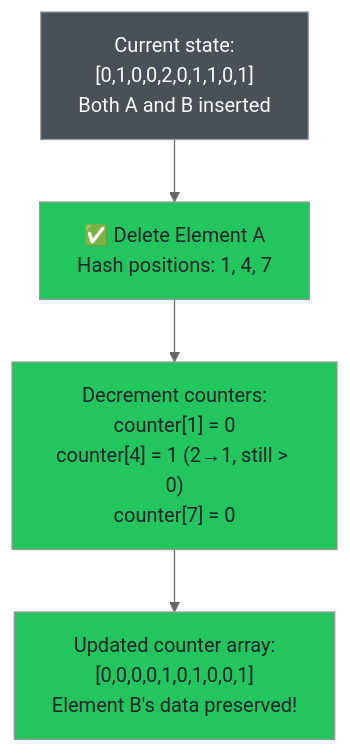
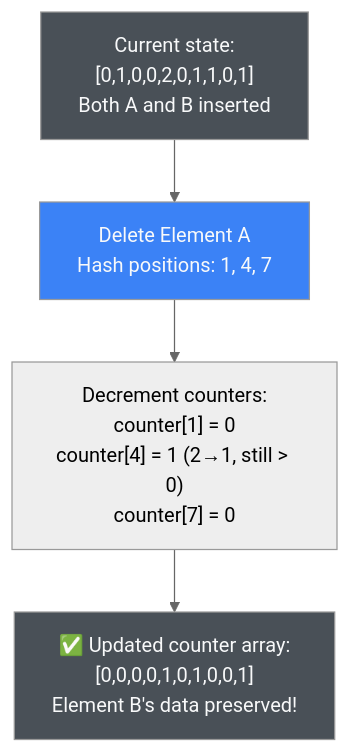
The fifth of 7 diagrams in src/posts/009-counting-bloom-filters/index.md (AxelUser/maltsev.space), drawn with Mermaid (neutral theme) before and after one commit. The commit also changed other lines of this file and 1 other file, not shown here.

Commit message:
refactor: diagrams

````diff
--- a/src/posts/009-counting-bloom-filters/index.md
+++ b/src/posts/009-counting-bloom-filters/index.md
@@ -198,13 +172,12 @@
 ```mermaid
 graph TD
-    A["Current state:<br/>[0,1,0,0,2,0,1,1,0,1]<br/>Both A and B inserted"] --> B["✅ Delete Element A<br/>Hash positions: 1, 4, 7"]
+    A["Current state:<br/>[0,1,0,0,2,0,1,1,0,1]<br/>Both A and B inserted"] --> B["Delete Element A<br/>Hash positions: 1, 4, 7"]
     
     B --> C["Decrement counters:<br/>counter[1] = 0<br/>counter[4] = 1 (2→1, still > 0)<br/>counter[7] = 0"]
     
-    C --> D["Updated counter array:<br/>[0,0,0,0,1,0,1,0,0,1]<br/>Element B's data preserved!"]
+    C --> D["✅ Updated counter array:<br/>[0,0,0,0,1,0,1,0,0,1]<br/>Element B's data preserved!"]
     
     style A fill:#495057,color:#f8f9fa
-    style B fill:#22c55e,color:#212529
-    style C fill:#22c55e,color:#212529
-    style D fill:#22c55e,color:#212529
+    style B fill:#3b82f6,color:#f8f9fa
+    style D fill:#495057,color:#f8f9fa
 ```
````
